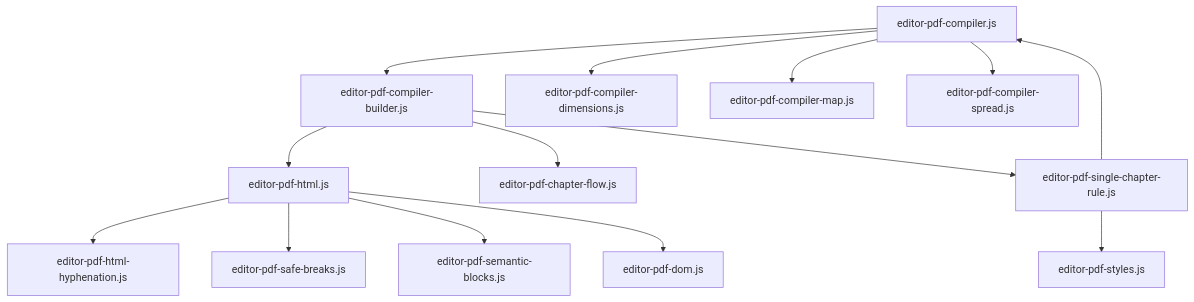
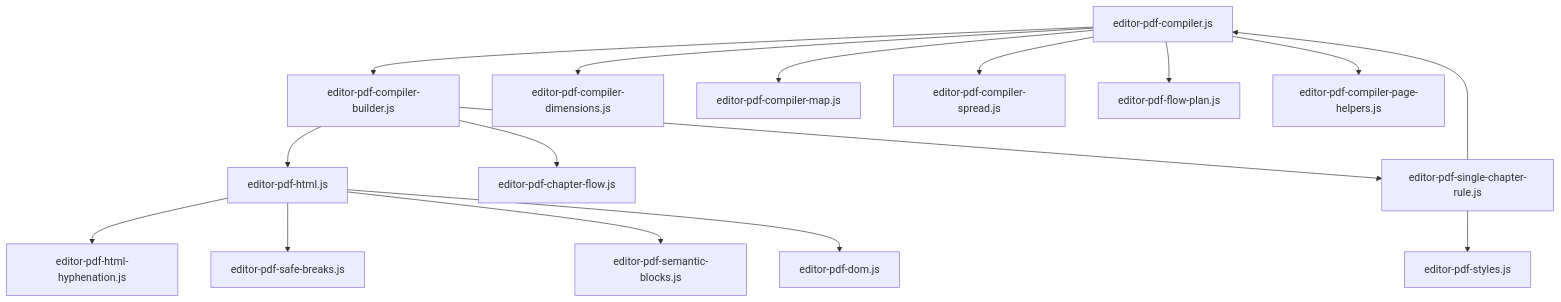
The diagram in assets/js/pdf/core/README.md (npavezibarra/almaden-bookster), drawn with Mermaid before and after one commit. The commit also changed other lines of this file and 36 other files, not shown here.

````diff
--- a/assets/js/pdf/core/README.md
+++ b/assets/js/pdf/core/README.md
@@ -19,21 +19,23 @@
 ```mermaid
 graph TD
     %% Inicialización y Orquestación
     Compiler[editor-pdf-compiler.js] --> Builder[editor-pdf-compiler-builder.js]
     Compiler --> Dimensions[editor-pdf-compiler-dimensions.js]
     Compiler --> Map[editor-pdf-compiler-map.js]
     Compiler --> Spread[editor-pdf-compiler-spread.js]
+    Compiler --> FlowPlan[editor-pdf-flow-plan.js]
+    Compiler --> PageHelpers[editor-pdf-compiler-page-helpers.js]
     
     %% Construcción de Contenido y Maquetación
     Builder --> HTML[editor-pdf-html.js]
     Builder --> Flow[editor-pdf-chapter-flow.js]
     Builder --> SingleRule[editor-pdf-single-chapter-rule.js]
     SingleRule --> Compiler
     SingleRule --> Styles[editor-pdf-styles.js]
 
     %% Procesamiento de Texto y Semántica
     HTML --> Hyphenation[editor-pdf-html-hyphenation.js]
     HTML --> SafeBreaks[editor-pdf-safe-breaks.js]
     HTML --> Semantic[editor-pdf-semantic-blocks.js]
     HTML --> DOM[editor-pdf-dom.js]
 ```
````
